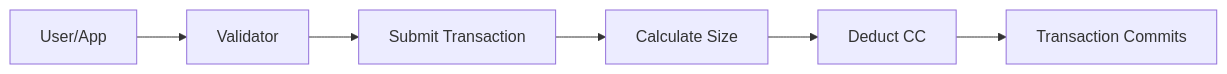
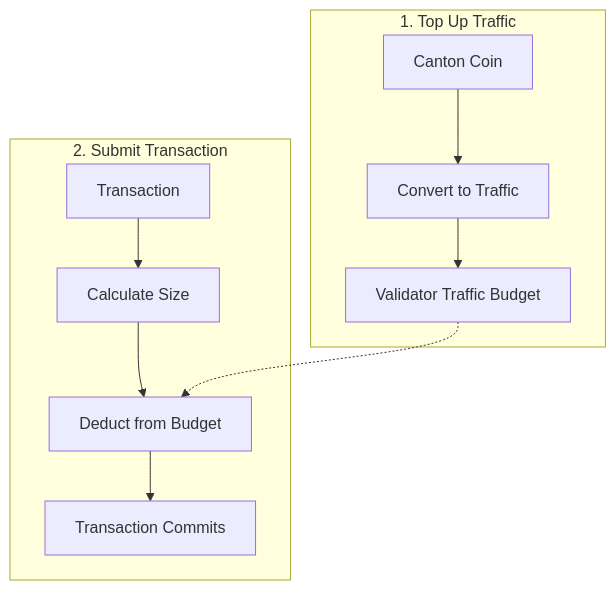
One commit to canton-network/cf-docs changed the diagram in docs-main/overview/understand/canton-coin.mdx. Above: the diagram before and after it, drawn with Mermaid. The commit also changed other lines of this file, not shown here.

First line of the commit message:
Fix traffic flows explanation in canton-coin.mdx

````diff
--- a/docs-main/overview/understand/canton-coin.mdx
+++ b/docs-main/overview/understand/canton-coin.mdx
@@ -28,8 +32,15 @@
 ```mermaid
-flowchart LR
-    USER[User/App] --> VAL[Validator]
-    VAL --> TX[Submit Transaction]
-    TX --> SIZE[Calculate Size]
-    SIZE --> COST[Deduct CC]
-    COST --> COMMIT[Transaction Commits]
+flowchart TB
+    subgraph TopUp[1. Top Up Traffic]
+        CC[Canton Coin] --> CONVERT[Convert to Traffic]
+        CONVERT --> BUDGET[Validator Traffic Budget]
+    end
+
+    subgraph Transaction[2. Submit Transaction]
+        TX[Transaction] --> SIZE[Calculate Size]
+        SIZE --> DEDUCT[Deduct from Budget]
+        DEDUCT --> COMMIT[Transaction Commits]
+    end
+
+    BUDGET -.-> DEDUCT
 ```
````
